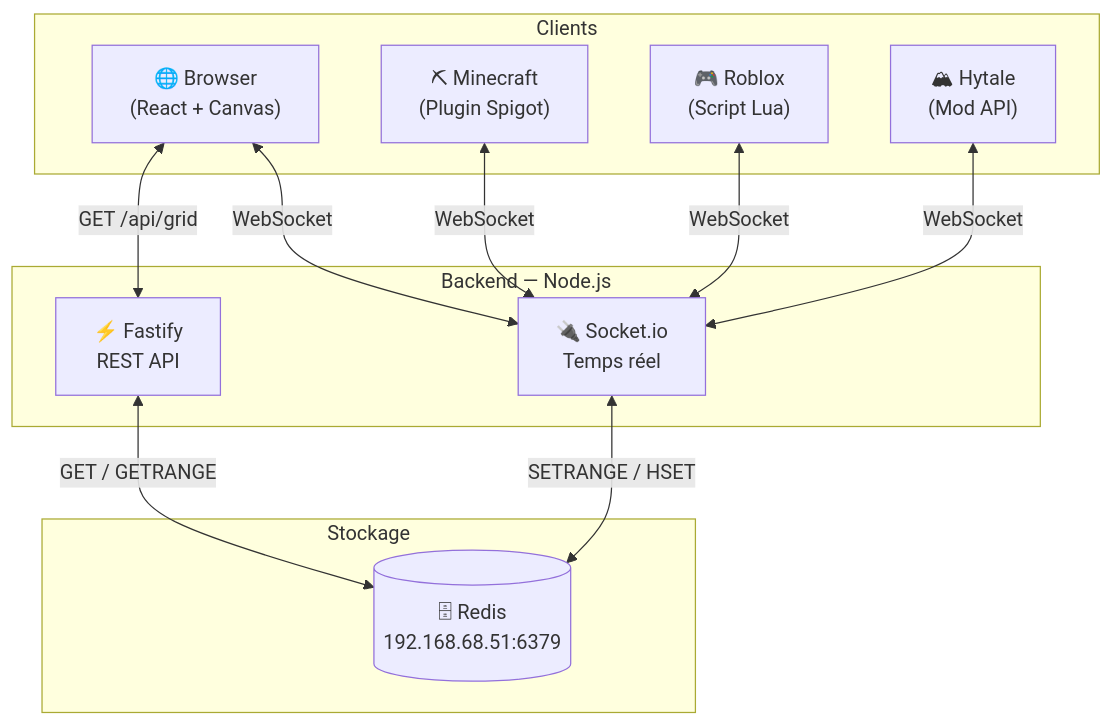
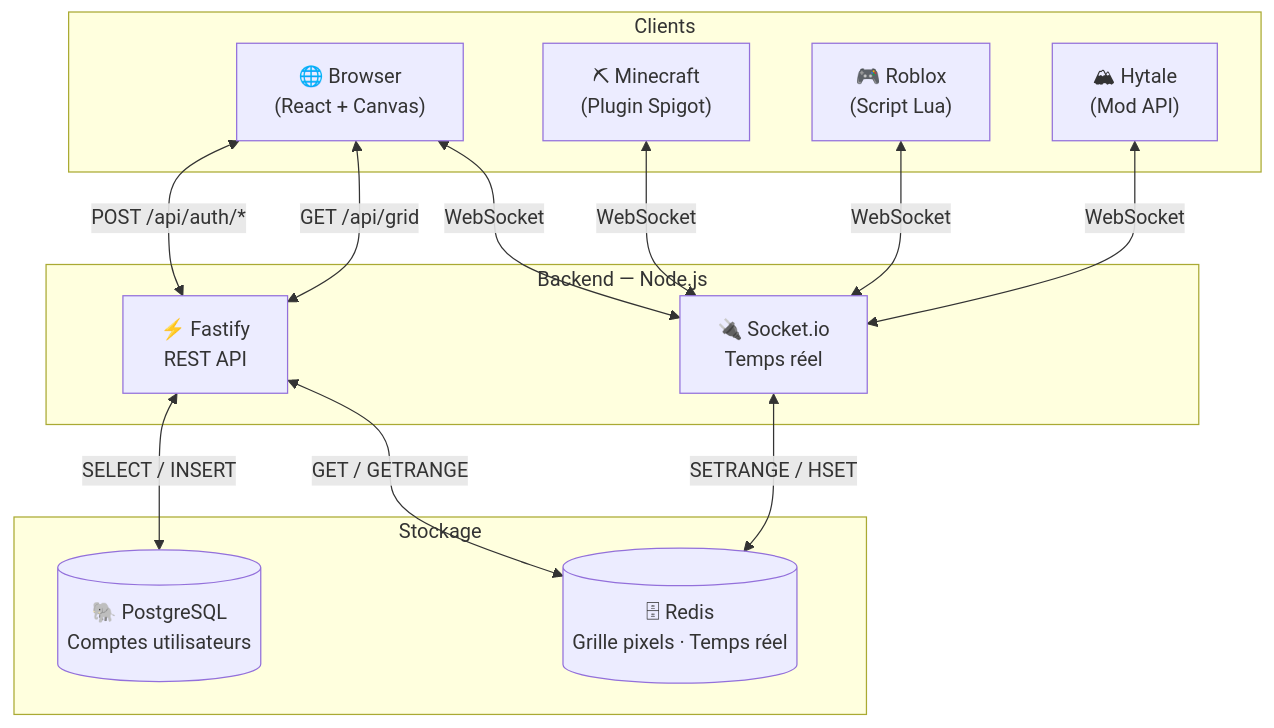
Before and after one commit to MaKSiiMe/VoxelPlace: the first of 3 diagrams in README.md, drawn with Mermaid. The commit also changed other lines of this file and 12 other files, not shown here.

````diff
--- a/README.md
+++ b/README.md
@@ -58,26 +59,29 @@
 ```mermaid
 graph TB
     subgraph Clients
         WEB["🌐 Browser\n(React + Canvas)"]
         MC["⛏ Minecraft\n(Plugin Spigot)"]
         RB["🎮 Roblox\n(Script Lua)"]
         HY["🏔 Hytale\n(Mod API)"]
     end
 
     subgraph Backend["Backend — Node.js"]
         API["⚡ Fastify\nREST API"]
         SIO["🔌 Socket.io\nTemps réel"]
     end
 
     subgraph Storage["Stockage"]
-        REDIS[("🗄 Redis\n192.168.68.51:6379")]
+        REDIS[("🗄 Redis\nGrille pixels · Temps réel")]
+        PG[("🐘 PostgreSQL\nComptes utilisateurs")]
     end
 
     WEB  <-->|"WebSocket"| SIO
     MC   <-->|"WebSocket"| SIO
     RB   <-->|"WebSocket"| SIO
     HY   <-->|"WebSocket"| SIO
     WEB  <-->|"GET /api/grid"| API
+    WEB  <-->|"POST /api/auth/*"| API
     SIO  <-->|"SETRANGE / HSET"| REDIS
     API  <-->|"GET / GETRANGE"| REDIS
+    API  <-->|"SELECT / INSERT"| PG
 ```
````
